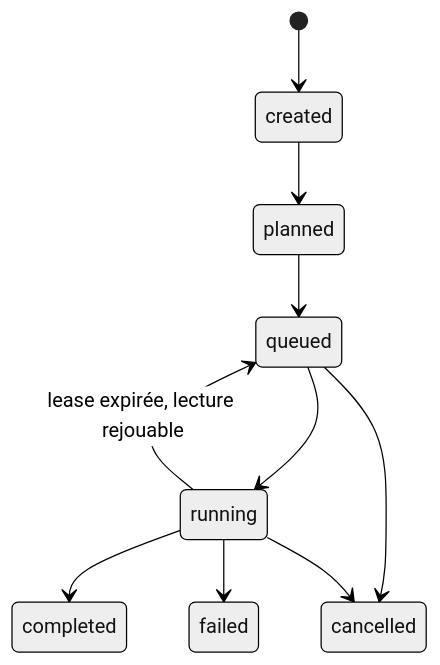
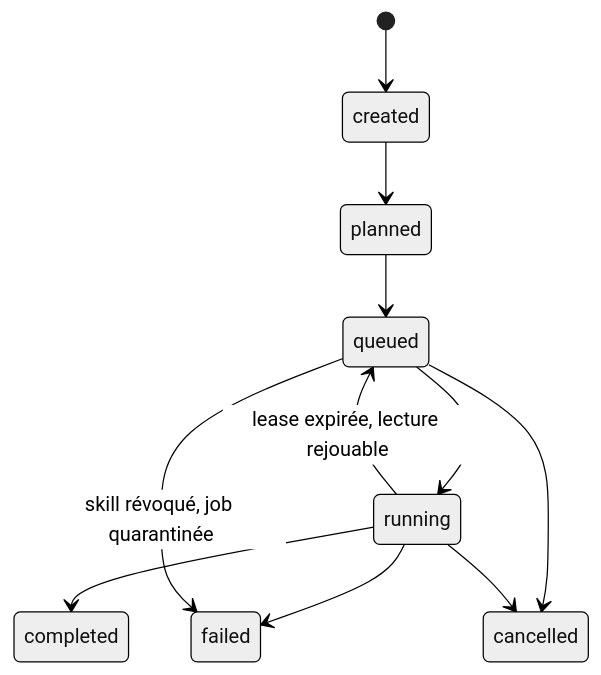
One commit to ales27pm/swarmer changed the first of 2 diagrams in docs/07-agent-swarm-protocol.md. Above: the diagram before and after it, drawn with Mermaid (neutral theme). The commit also changed other lines of this file and 11 other files, not shown here.

````diff
--- a/docs/07-agent-swarm-protocol.md
+++ b/docs/07-agent-swarm-protocol.md
@@ -130,12 +133,13 @@
 ```mermaid
 stateDiagram-v2
   [*] --> created
   created --> planned
   planned --> queued
   queued --> running
   running --> queued: lease expirée, lecture rejouable
   running --> completed
   running --> failed
+  queued --> failed: skill révoqué, job quarantinée
   queued --> cancelled
   running --> cancelled
 ```
````
